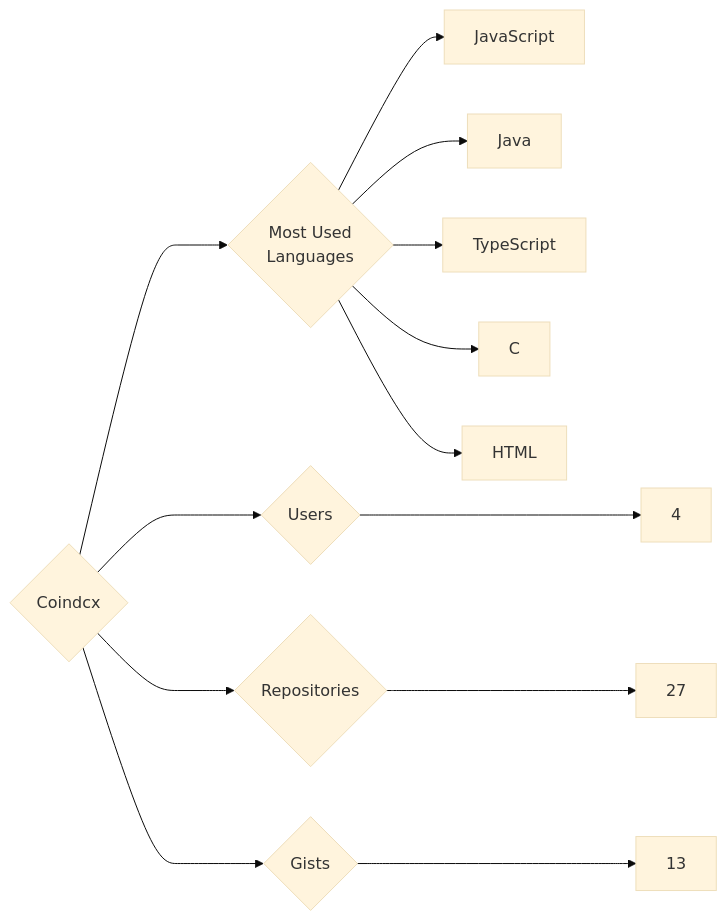
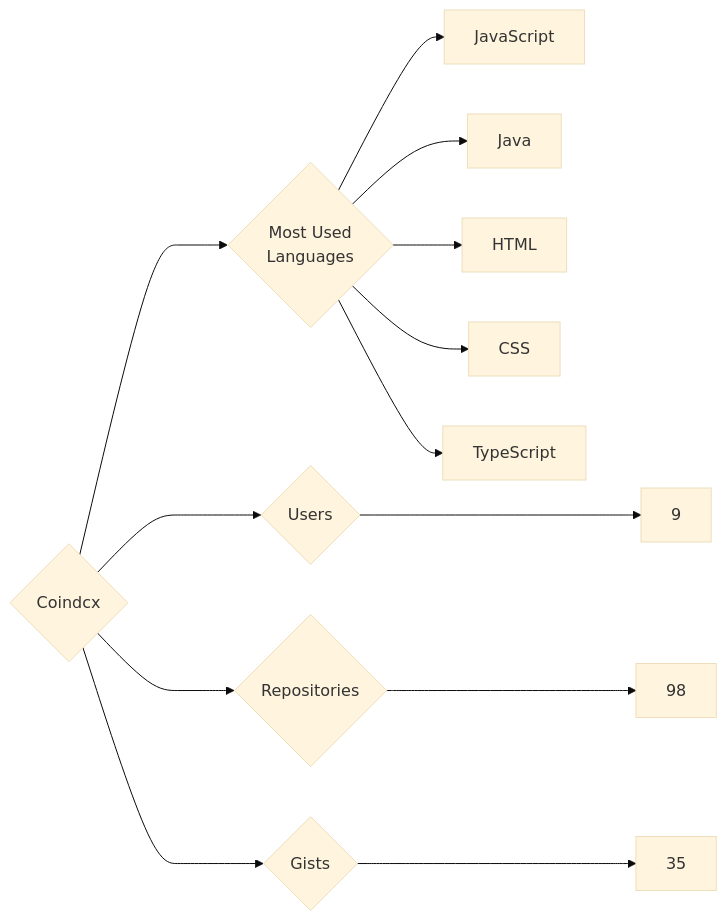
The diagram in targets/Coindcx/README.md (trickest/insiders), drawn with Mermaid (base theme) before and after one commit. The commit also changed 925 other files, not shown here.

````diff
--- a/targets/Coindcx/README.md
+++ b/targets/Coindcx/README.md
@@ -3,13 +3,13 @@
 ```mermaid
 graph LR
 COMPANY_NAME{Coindcx}
-COMPANY_NAME ---> U{Users} ---> UN[4]
-COMPANY_NAME ---> R{Repositories} ---> RN[27]
-COMPANY_NAME ---> G{Gists} ---> GN[13]
+COMPANY_NAME ---> U{Users} ---> UN[9]
+COMPANY_NAME ---> R{Repositories} ---> RN[98]
+COMPANY_NAME ---> G{Gists} ---> GN[35]
 COMPANY_NAME ---> ML{Most Used<br>Languages}
 ML --> JavaScript[JavaScript]
 ML --> Java[Java]
+ML --> HTML[HTML]
+ML --> CSS[CSS]
 ML --> TypeScript[TypeScript]
-ML --> C[C]
-ML --> HTML[HTML]
 ```
````
